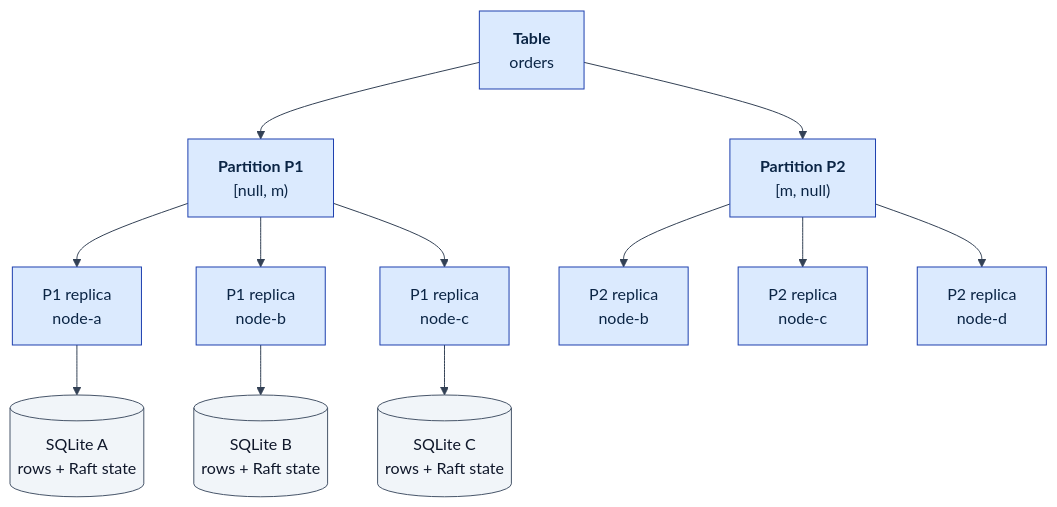
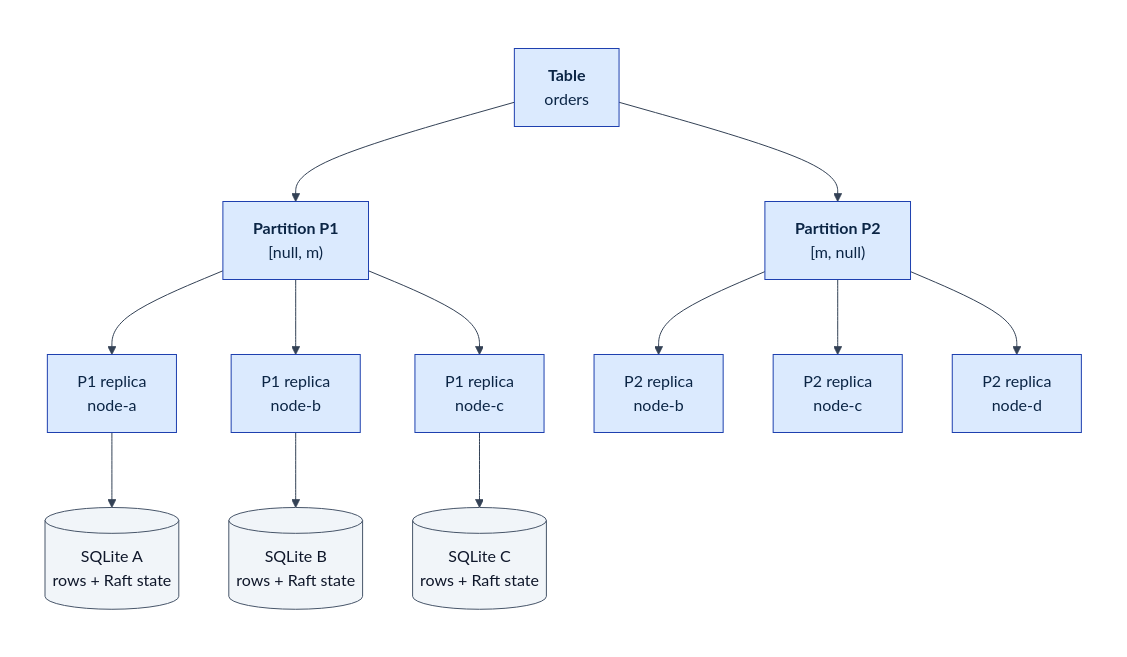
One commit to psvensson/lagrange changed the third of 9 diagrams in architecture/system-model.md. Above: the diagram before and after it, drawn with Mermaid. The commit also changed other lines of this file and 3 other files, not shown here.

Commit message:
Draw explicit white Mermaid canvases

````diff
--- a/architecture/system-model.md
+++ b/architecture/system-model.md
@@ -136,27 +144,31 @@
 ```mermaid
-%%{init: {'theme':'base','darkMode':false,'themeCSS':'svg { background-color: #ffffff !important; }','themeVariables':{'background':'#ffffff','clusterBkg':'#ffffff','clusterBorder':'#94a3b8','edgeLabelBackground':'#ffffff','lineColor':'#334155','textColor':'#0f172a'}}}%%
+%%{init: {'theme':'base','darkMode':false,'themeVariables':{'background':'#ffffff','clusterBkg':'#ffffff','clusterBorder':'#94a3b8','edgeLabelBackground':'#ffffff','lineColor':'#334155','textColor':'#0f172a'}}}%%
 flowchart TD
-  T["<b>Table</b><br/>orders"]:::data
-  P1["<b>Partition P1</b><br/>[null, m)"]:::data
-  P2["<b>Partition P2</b><br/>[m, null)"]:::data
+  subgraph CANVAS[" "]
+    direction TD
+    T["<b>Table</b><br/>orders"]:::data
+    P1["<b>Partition P1</b><br/>[null, m)"]:::data
+    P2["<b>Partition P2</b><br/>[m, null)"]:::data
 
-  R1A["P1 replica<br/>node-a"]:::data --> S1A[("SQLite A<br/>rows + Raft state")]:::ext
-  R1B["P1 replica<br/>node-b"]:::data --> S1B[("SQLite B<br/>rows + Raft state")]:::ext
-  R1C["P1 replica<br/>node-c"]:::data --> S1C[("SQLite C<br/>rows + Raft state")]:::ext
+    R1A["P1 replica<br/>node-a"]:::data --> S1A[("SQLite A<br/>rows + Raft state")]:::ext
+    R1B["P1 replica<br/>node-b"]:::data --> S1B[("SQLite B<br/>rows + Raft state")]:::ext
+    R1C["P1 replica<br/>node-c"]:::data --> S1C[("SQLite C<br/>rows + Raft state")]:::ext
 
-  R2A["P2 replica<br/>node-b"]:::data
-  R2B["P2 replica<br/>node-c"]:::data
-  R2C["P2 replica<br/>node-d"]:::data
+    R2A["P2 replica<br/>node-b"]:::data
+    R2B["P2 replica<br/>node-c"]:::data
+    R2C["P2 replica<br/>node-d"]:::data
 
-  T --> P1
-  T --> P2
-  P1 --> R1A
-  P1 --> R1B
-  P1 --> R1C
-  P2 --> R2A
-  P2 --> R2B
-  P2 --> R2C
+    T --> P1
+    T --> P2
+    P1 --> R1A
+    P1 --> R1B
+    P1 --> R1C
+    P2 --> R2A
+    P2 --> R2B
+    P2 --> R2C
+  end
 
+  style CANVAS fill:#ffffff,stroke:#ffffff,color:#0f172a
   classDef data fill:#dbeafe,stroke:#1e40af,color:#0b2545
   classDef ext fill:#f1f5f9,stroke:#475569,color:#0f172a
 ```
````
